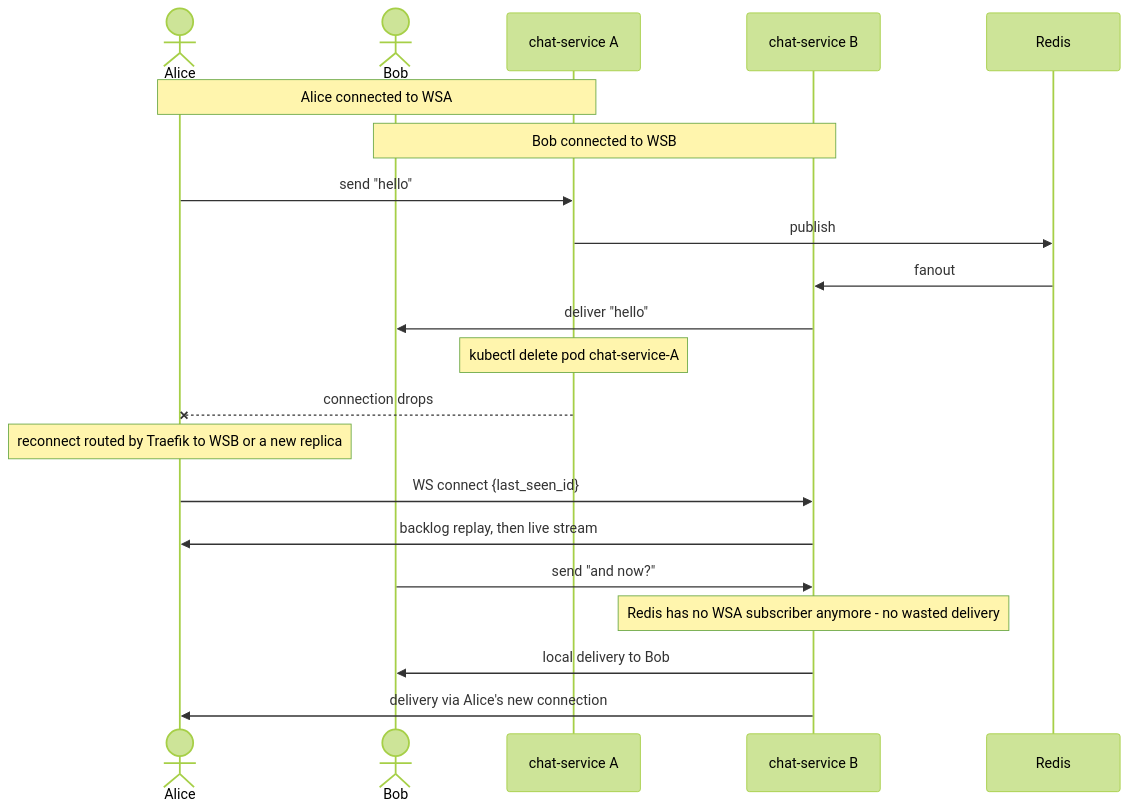
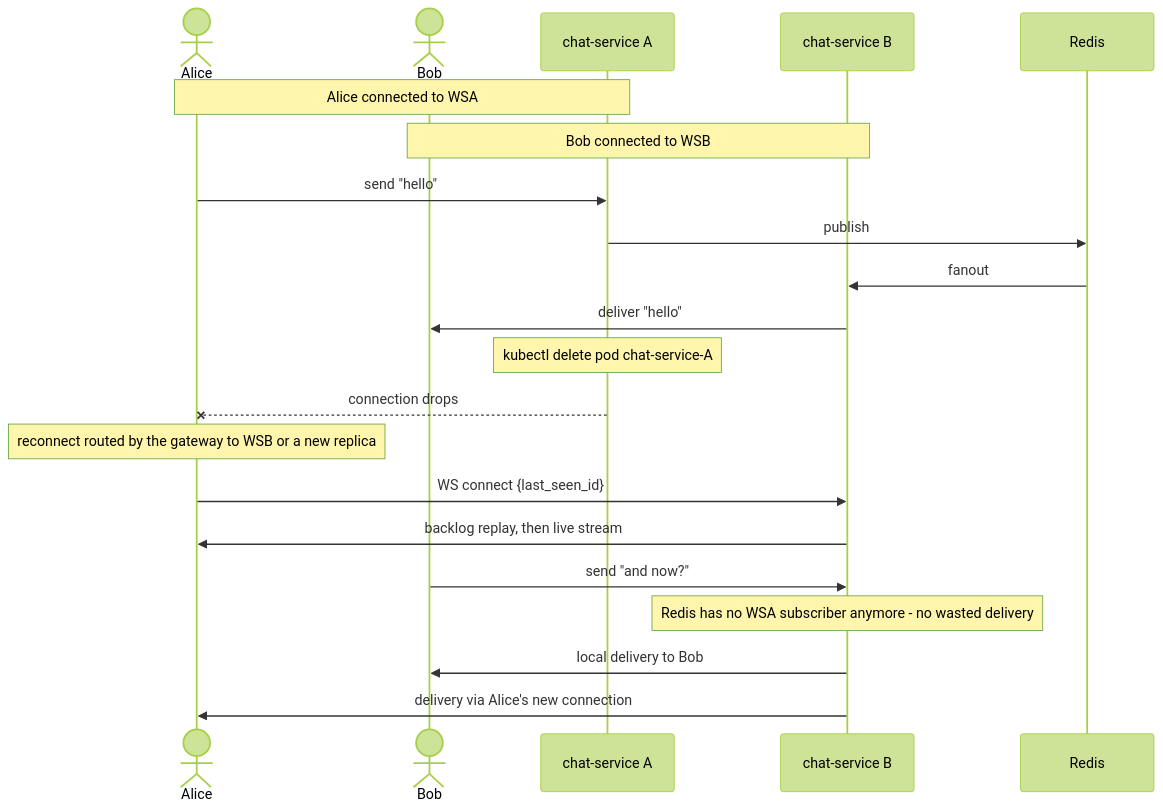
One commit to prodmatze/distributed_systems_sose_2026 changed the fifth of 7 diagrams in docs/ARCHITECTURE.md. Above: the diagram before and after it, drawn with Mermaid (forest theme). The commit also changed other lines of this file and 23 other files, not shown here.

````diff
--- a/docs/ARCHITECTURE.md
+++ b/docs/ARCHITECTURE.md
@@ -245,25 +257,25 @@
 ```mermaid
 sequenceDiagram
     actor A as Alice
     actor B as Bob
     participant WSA as chat-service A
     participant WSB as chat-service B
     participant RD as Redis
 
     Note over A,WSA: Alice connected to WSA
     Note over B,WSB: Bob connected to WSB
     A->>WSA: send "hello"
     WSA->>RD: publish
     RD->>WSB: fanout
     WSB->>B: deliver "hello"
 
     Note over WSA: kubectl delete pod chat-service-A
     WSA--xA: connection drops
-    Note over A: reconnect routed by Traefik to WSB or a new replica
+    Note over A: reconnect routed by the gateway to WSB or a new replica
     A->>WSB: WS connect {last_seen_id}
     WSB->>A: backlog replay, then live stream
     B->>WSB: send "and now?"
     Note over WSB: Redis has no WSA subscriber anymore - no wasted delivery
     WSB->>B: local delivery to Bob
     WSB->>A: delivery via Alice's new connection
 ```
````
